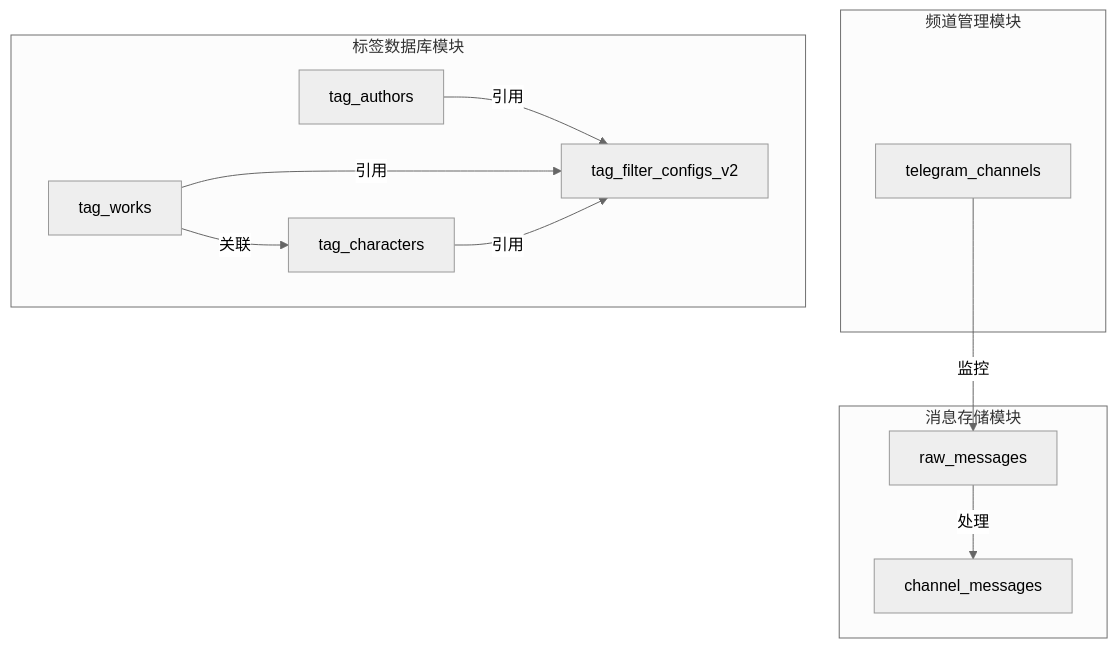
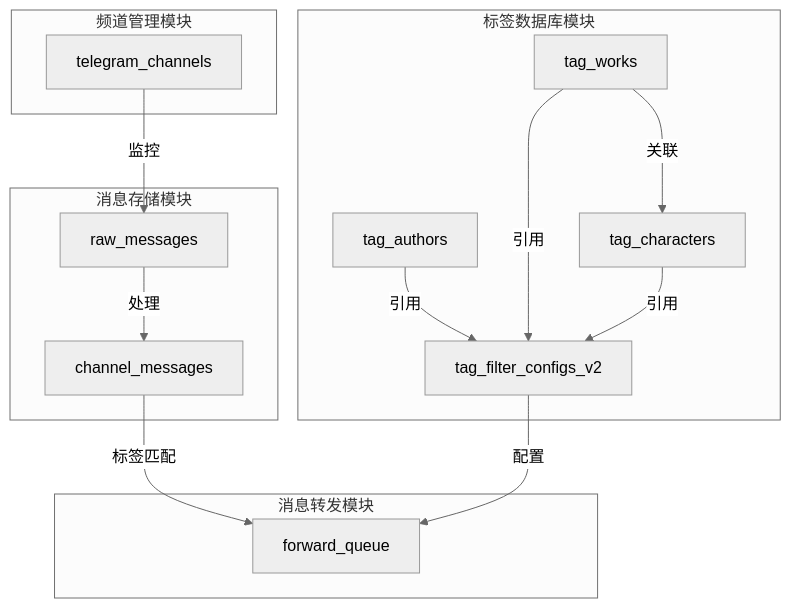
One commit to tianlovo/CocoMonyaB changed the first of 3 diagrams in docs/arch/数据库结构文档.md. Above: the diagram before and after it, drawn with Mermaid (neutral theme). The commit also changed other lines of this file and 7 other files, not shown here.

````diff
--- a/docs/arch/数据库结构文档.md
+++ b/docs/arch/数据库结构文档.md
@@ -104,25 +105,31 @@
 ```mermaid
 graph TB
     subgraph "频道管理模块"
         A[telegram_channels]
     end
     
     subgraph "消息存储模块"
         B[raw_messages]
         C[channel_messages]
     end
     
     subgraph "标签数据库模块"
         D[tag_authors]
         E[tag_works]
         F[tag_characters]
         G[tag_filter_configs_v2]
     end
     
+    subgraph "消息转发模块"
+        H[forward_queue]
+    end
+    
     A -->|监控| B
     B -->|处理| C
+    C -->|标签匹配| H
     D -->|引用| G
     E -->|引用| G
     F -->|引用| G
     E -->|关联| F
+    G -->|配置| H
 ```
````
